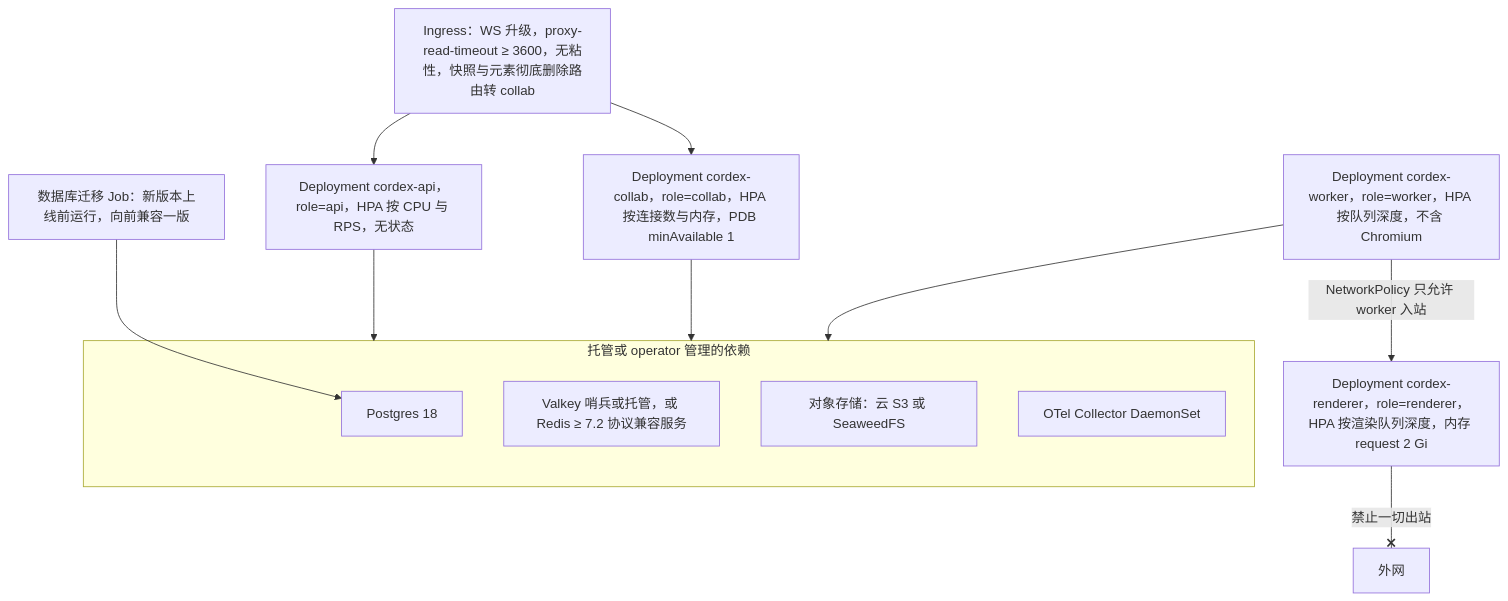
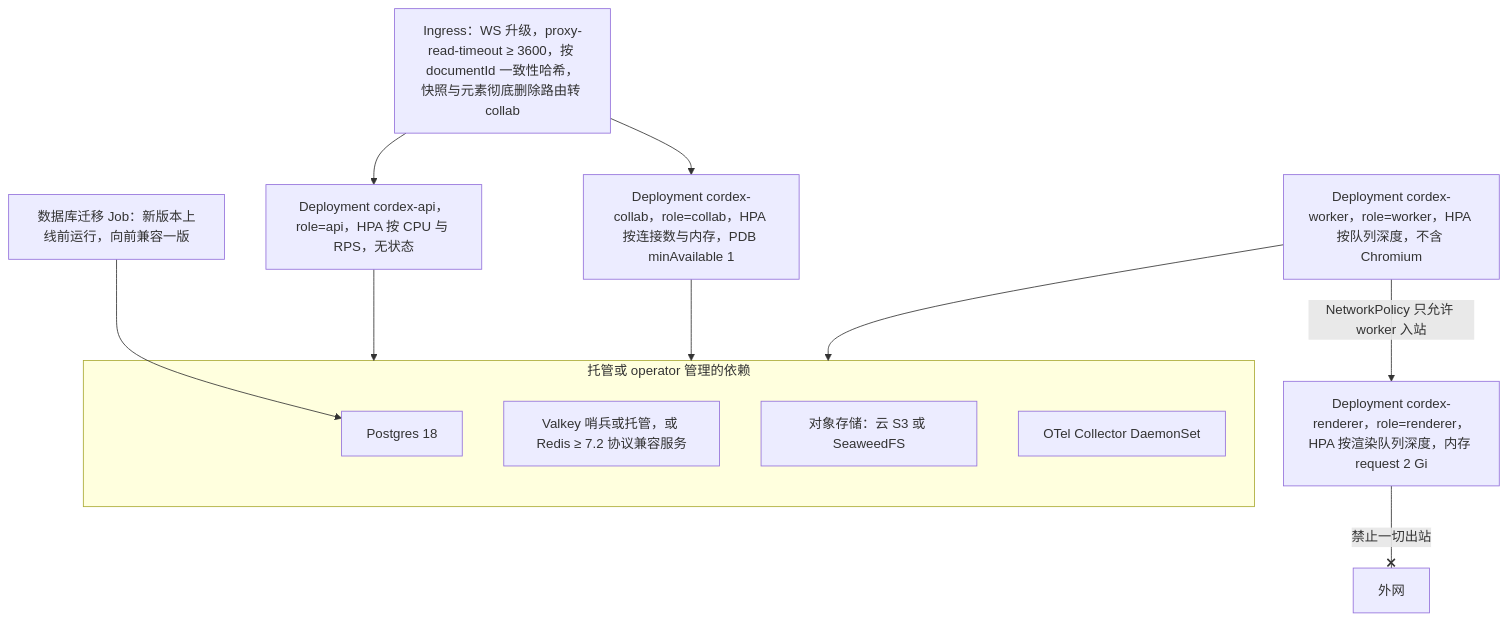
One commit to Xeonice/cordis-ppt-editor changed diagram 13 of 46 in docs/40-modules/19-atlas-backend-and-data.md. Above: the diagram before and after it, drawn with Mermaid. The commit also changed other lines of this file and 78 other files, not shown here.

````diff
--- a/docs/40-modules/19-atlas-backend-and-data.md
+++ b/docs/40-modules/19-atlas-backend-and-data.md
@@ -525,24 +531,24 @@
 ```mermaid
 flowchart TB
-  ing["Ingress：WS 升级，proxy-read-timeout ≥ 3600，无粘性，快照与元素彻底删除路由转 collab"]
+  ing["Ingress：WS 升级，proxy-read-timeout ≥ 3600，按 documentId 一致性哈希，快照与元素彻底删除路由转 collab"]
   api["Deployment cordex-api，role=api，HPA 按 CPU 与 RPS，无状态"]
   collab["Deployment cordex-collab，role=collab，HPA 按连接数与内存，PDB minAvailable 1"]
   worker["Deployment cordex-worker，role=worker，HPA 按队列深度，不含 Chromium"]
   renderer["Deployment cordex-renderer，role=renderer，HPA 按渲染队列深度，内存 request 2 Gi"]
   mig["数据库迁移 Job：新版本上线前运行，向前兼容一版"]
   ext["外网"]
   subgraph infra["托管或 operator 管理的依赖"]
     pg["Postgres 18"]
     vk["Valkey 哨兵或托管，或 Redis ≥ 7.2 协议兼容服务"]
     s3["对象存储：云 S3 或 SeaweedFS"]
     otel["OTel Collector DaemonSet"]
   end
   ing --> api
   ing --> collab
   api --> infra
   collab --> infra
   worker --> infra
   mig --> pg
   worker -- "NetworkPolicy 只允许 worker 入站" --> renderer
   renderer -- "禁止一切出站" --x ext
 ```
````
